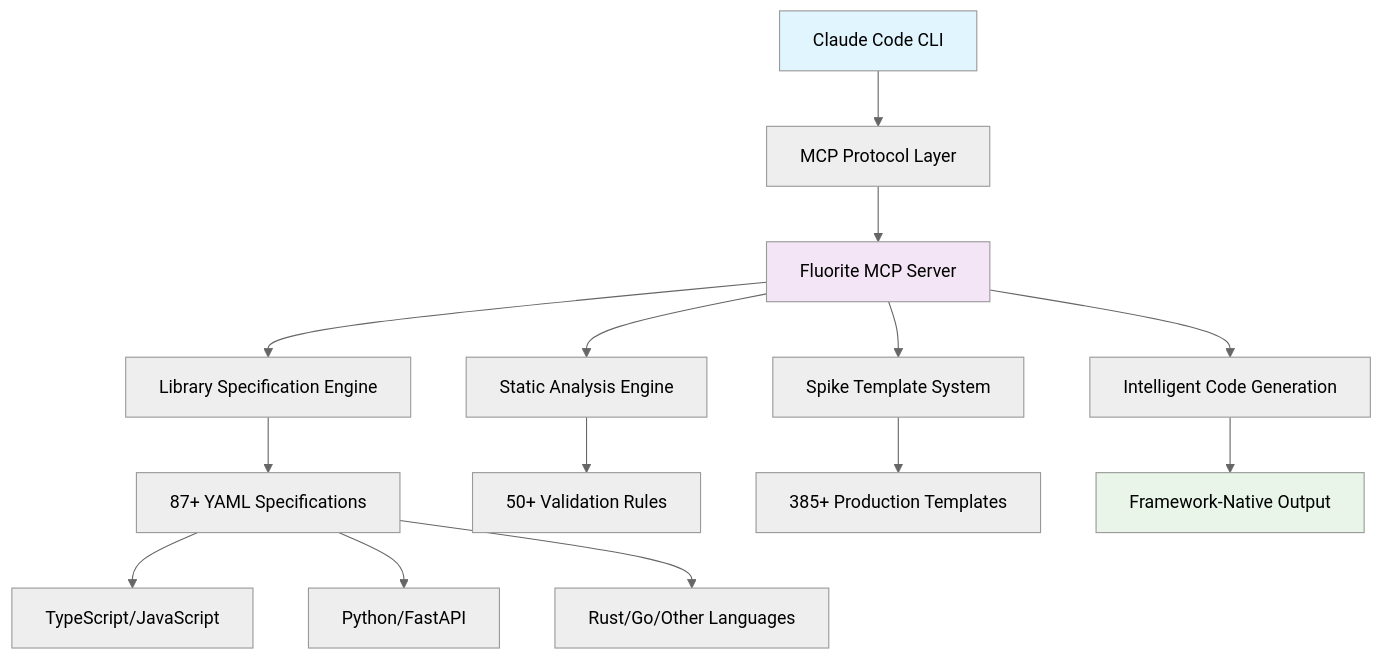
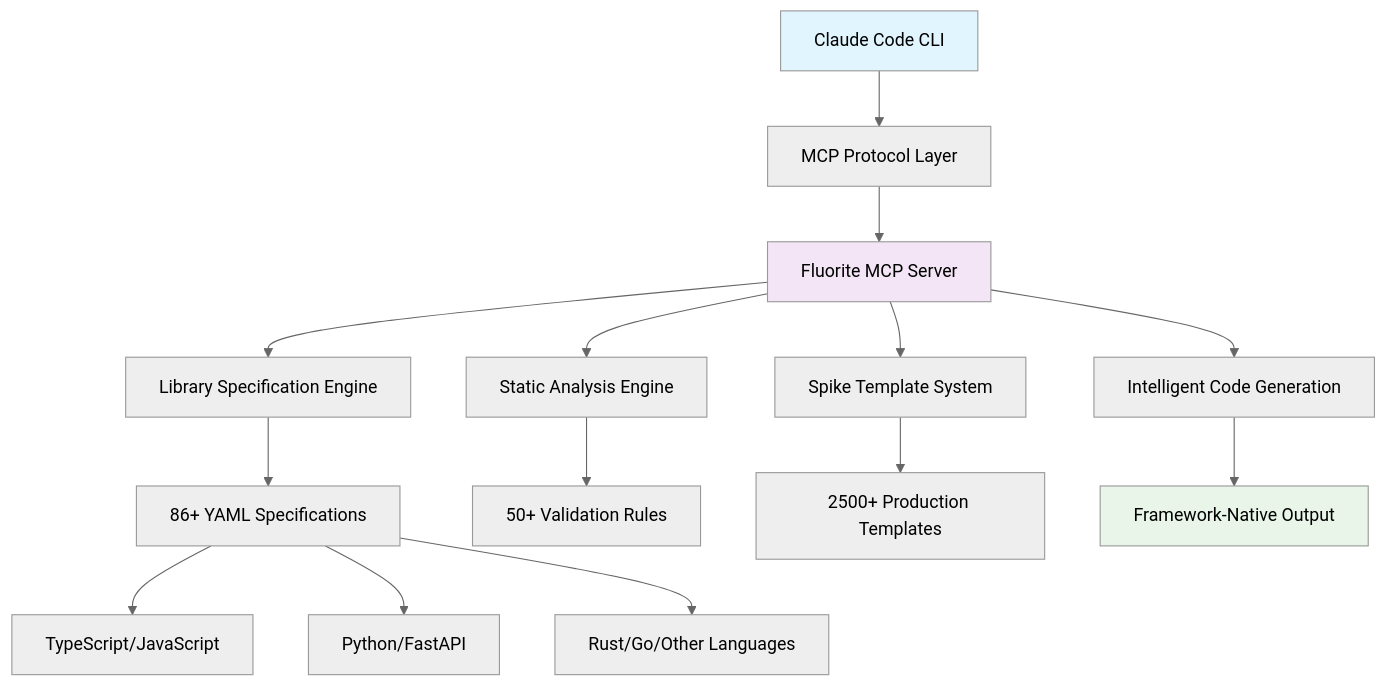
Before and after one commit to kotsutsumi/fluorite-mcp: the diagram in README.md, drawn with Mermaid (neutral theme). The commit also changed other lines of this file and 173 other files, not shown here.

````diff
--- a/README.md
+++ b/README.md
@@ -682,23 +682,23 @@
 ```mermaid
 graph TB
     A[Claude Code CLI] --> B[MCP Protocol Layer]
     B --> C[Fluorite MCP Server]
     
     C --> D[Library Specification Engine]
     C --> E[Static Analysis Engine]
     C --> F[Spike Template System]
     C --> G[Intelligent Code Generation]
     
-    D --> H[87+ YAML Specifications]
+    D --> H[86+ YAML Specifications]
     E --> I[50+ Validation Rules]
-    F --> J[385+ Production Templates]
+    F --> J[2500+ Production Templates]
     G --> K[Framework-Native Output]
     
     H --> L[TypeScript/JavaScript]
     H --> M[Python/FastAPI]
     H --> N[Rust/Go/Other Languages]
     
     style A fill:#e1f5fe
     style C fill:#f3e5f5
     style K fill:#e8f5e8
 ```
````
